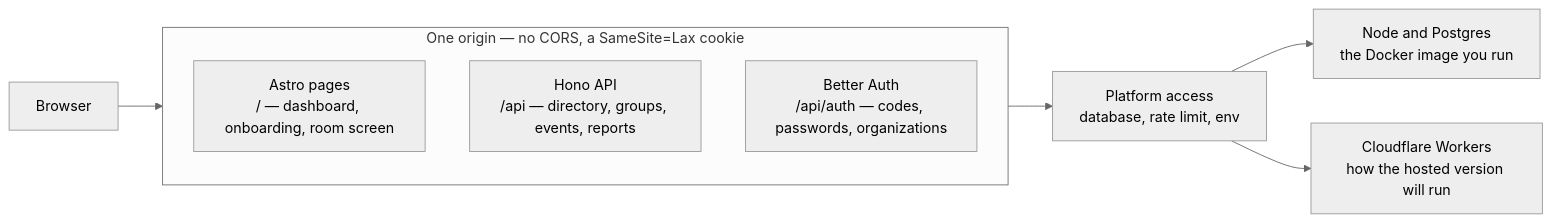
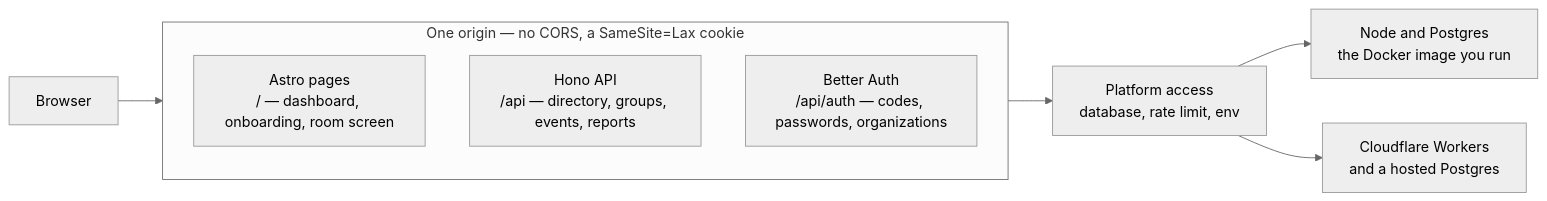
The diagram in apps/docs/src/pages/architecture.mdx (rimzzlabs/absqir), drawn with Mermaid (neutral theme) before and after one commit. The commit also changed other lines of this file and 6 other files, not shown here.

````diff
--- a/apps/docs/src/pages/architecture.mdx
+++ b/apps/docs/src/pages/architecture.mdx
@@ -15,17 +16,17 @@
 ```mermaid
 flowchart LR
   Browser["Browser"]
   subgraph origin["One origin — no CORS, a SameSite=Lax cookie"]
     Pages["Astro pages<br/>/ — dashboard, onboarding, room screen"]
     Api["Hono API<br/>/api — directory, groups, events, reports"]
     Auth["Better Auth<br/>/api/auth — codes, passwords, organizations"]
   end
   Platform["Platform access<br/>database, rate limit, env"]
   Node["Node and Postgres<br/>the Docker image you run"]
-  Workers["Cloudflare Workers<br/>how the hosted version will run"]
+  Workers["Cloudflare Workers<br/>and a hosted Postgres"]
 
   Browser --> origin
   origin --> Platform
   Platform --> Node
   Platform --> Workers
 ```
````
